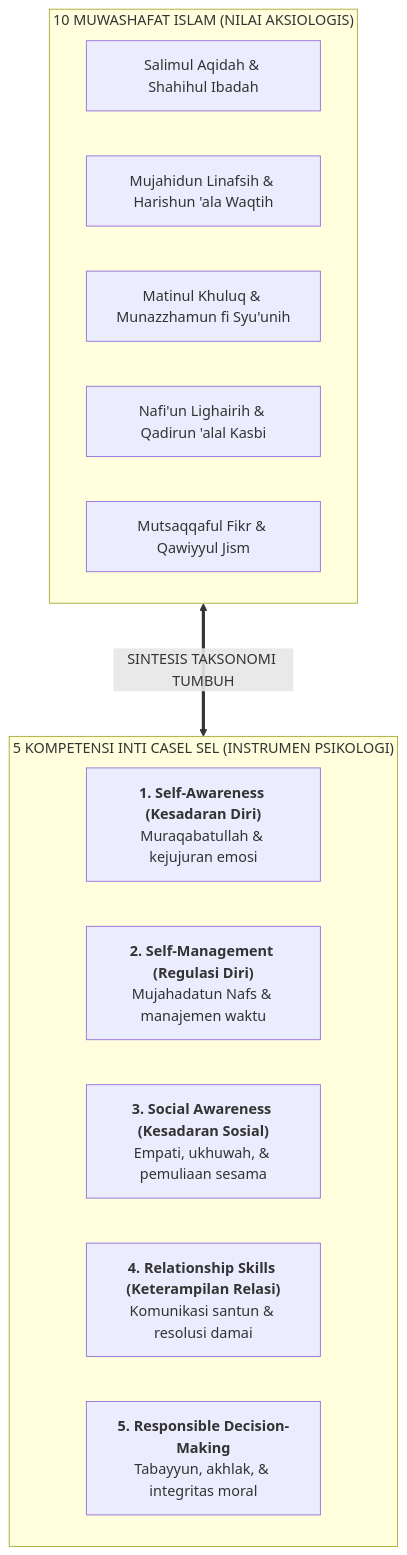
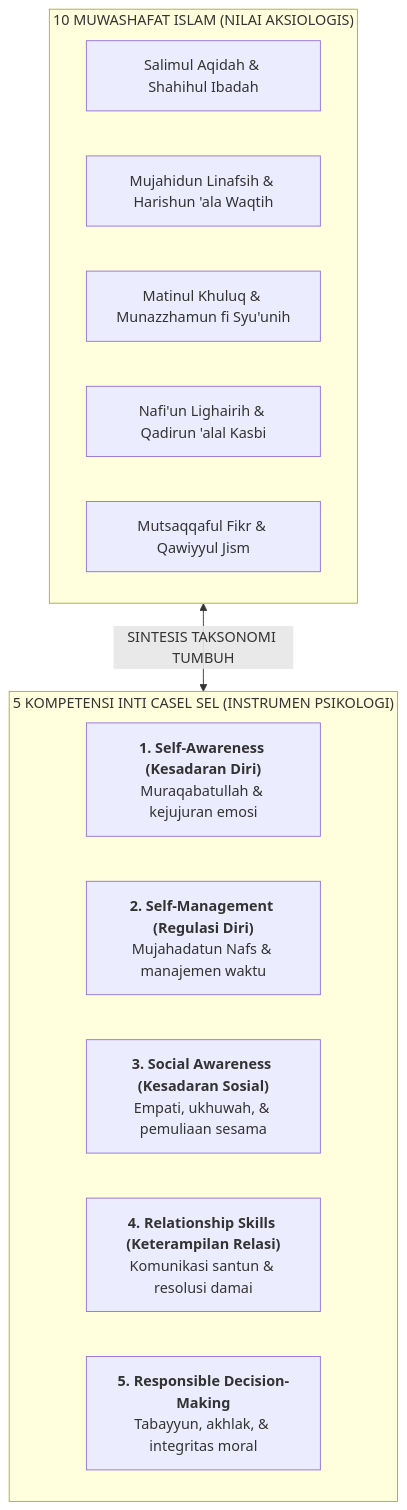
One commit to wandiapriliyandi/tumbuh changed the diagram in BOOK Series 2/Volume-02-Taksonomi-Kapasitas-dan-Profil-Santri/Bab-01-Arsitektur-Kapasitas-Holistik/01-Rekonstruksi-Taksonomi-Muwashafat-dan-CASEL.md. Above: the diagram before and after it, drawn with Mermaid. The commit also changed 6 other files, not shown here.

Commit message:
fix(book-series-2): resolve mermaid syntax parse errors in bidirectional links and labels

````diff
--- a/BOOK Series 2/Volume-02-Taksonomi-Kapasitas-dan-Profil-Santri/Bab-01-Arsitektur-Kapasitas-Holistik/01-Rekonstruksi-Taksonomi-Muwashafat-dan-CASEL.md
+++ b/BOOK Series 2/Volume-02-Taksonomi-Kapasitas-dan-Profil-Santri/Bab-01-Arsitektur-Kapasitas-Holistik/01-Rekonstruksi-Taksonomi-Muwashafat-dan-CASEL.md
@@ -13,20 +13,20 @@
 ```mermaid
 flowchart TD
     subgraph TuratsMuwashafat["10 MUWASHAFAT ISLAM (NILAI AKSIOLOGIS)"]
         M1["Salimul Aqidah & Shahihul Ibadah"]
         M2["Mujahidun Linafsih & Harishun 'ala Waqtih"]
         M3["Matinul Khuluq & Munazzhamun fi Syu'unih"]
         M4["Nafi'un Lighairih & Qadirun 'alal Kasbi"]
         M5["Mutsaqqaful Fikr & Qawiyyul Jism"]
     end
 
     subgraph CASEL5["5 KOMPETENSI INTI CASEL SEL (INSTRUMEN PSIKOLOGI)"]
         C1["<b>1. Self-Awareness (Kesadaran Diri)</b><br/>Muraqabatullah & kejujuran emosi"]
         C2["<b>2. Self-Management (Regulasi Diri)</b><br/>Mujahadatun Nafs & manajemen waktu"]
         C3["<b>3. Social Awareness (Kesadaran Sosial)</b><br/>Empati, ukhuwah, & pemuliaan sesama"]
         C4["<b>4. Relationship Skills (Keterampilan Relasi)</b><br/>Komunikasi santun & resolusi damai"]
         C5["<b>5. Responsible Decision-Making</b><br/>Tabayyun, akhlak, & integritas moral"]
     end
 
-    TuratsMuwashafat <===>|SINTESIS TAKSONOMI TUMBUH| CASEL5
+    TuratsMuwashafat <-->|"SINTESIS TAKSONOMI TUMBUH"| CASEL5
 ```
````
